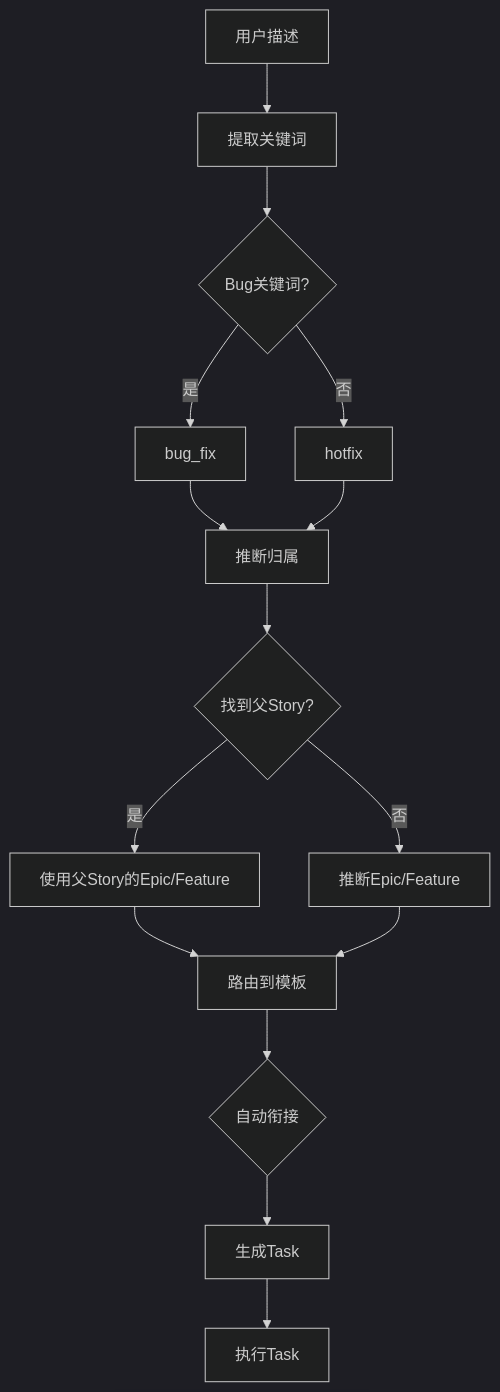
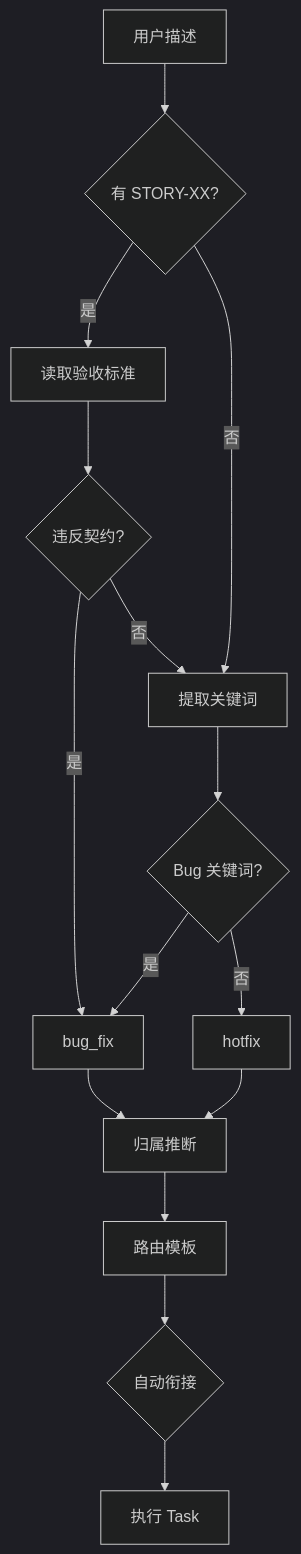
Before and after one commit to Lockeysama/TheConn: the first of 6 diagrams in .the_conn/playbooks/planning/quick_router.md, drawn with Mermaid (dark theme). The commit also changed other lines of this file, not shown here.

First line of the commit message:
refactor: Revise quick_router.md to implement contract-driven decision-making process

````diff
--- a/.the_conn/playbooks/planning/quick_router.md
+++ b/.the_conn/playbooks/planning/quick_router.md
@@ -21,17 +21,23 @@
 ```mermaid
 graph TD
-    A[用户描述] --> B[提取关键词]
-    B --> C{Bug关键词?}
-    C -->|是| D[bug_fix]
-    C -->|否| E[hotfix]
-    D --> F[推断归属]
-    E --> F
-    F --> G{找到父Story?}
-    G -->|是| H[使用父Story的Epic/Feature]
-    G -->|否| I[推断Epic/Feature]
-    H --> J[路由到模板]
-    I --> J
-    J --> K{自动衔接}
-    K --> L[生成Task]
-    L --> M[执行Task]
+    Start[用户描述] --> HasStory{有 STORY-XX?}
+    
+    %% 契约优先路径
+    HasStory -->|是| CheckContract[读取验收标准]
+    CheckContract --> Violate{违反契约?}
+    Violate -->|是| Bug[bug_fix]
+    Violate -->|否| Keywords[提取关键词]
+    
+    %% 关键词兜底路径
+    HasStory -->|否| Keywords
+    Keywords --> KeyCheck{Bug 关键词?}
+    KeyCheck -->|是| Bug
+    KeyCheck -->|否| Hotfix[hotfix]
+    
+    %% 归属与路由
+    Bug --> Attribution[归属推断]
+    Hotfix --> Attribution
+    Attribution --> Route[路由模板]
+    Route --> Auto{自动衔接}
+    Auto --> Exec[执行 Task]
 ```
````
